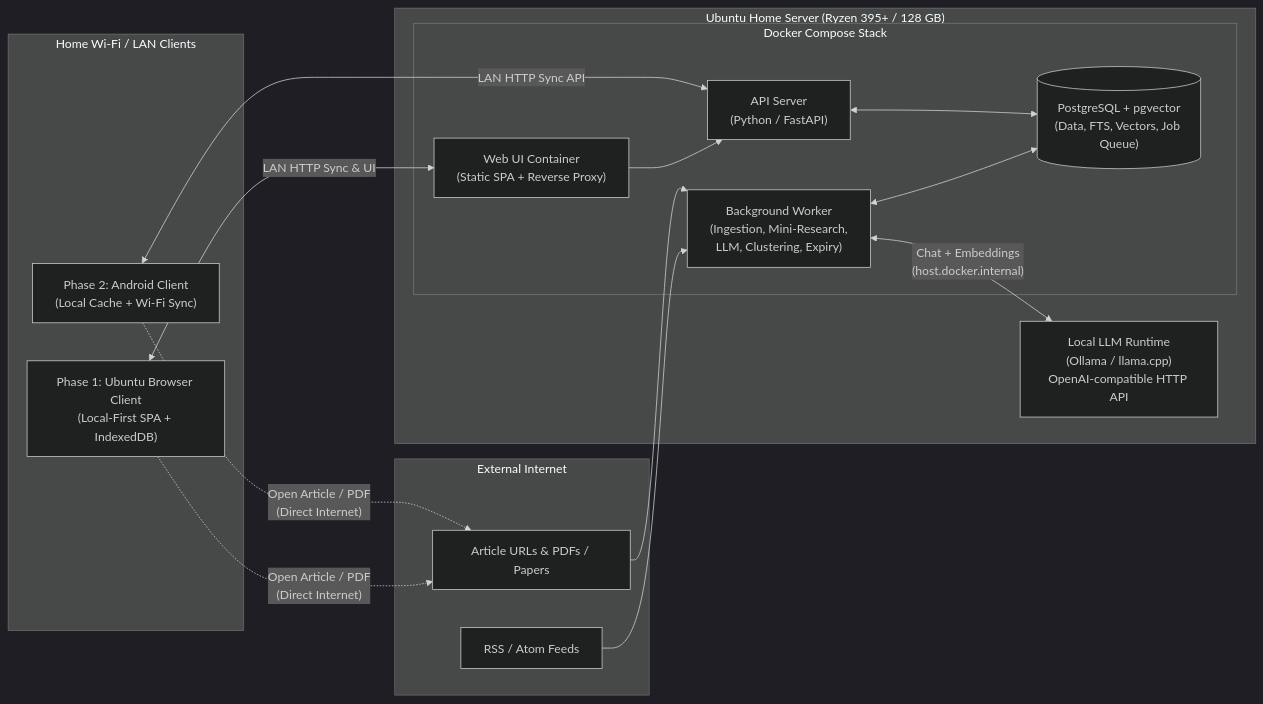
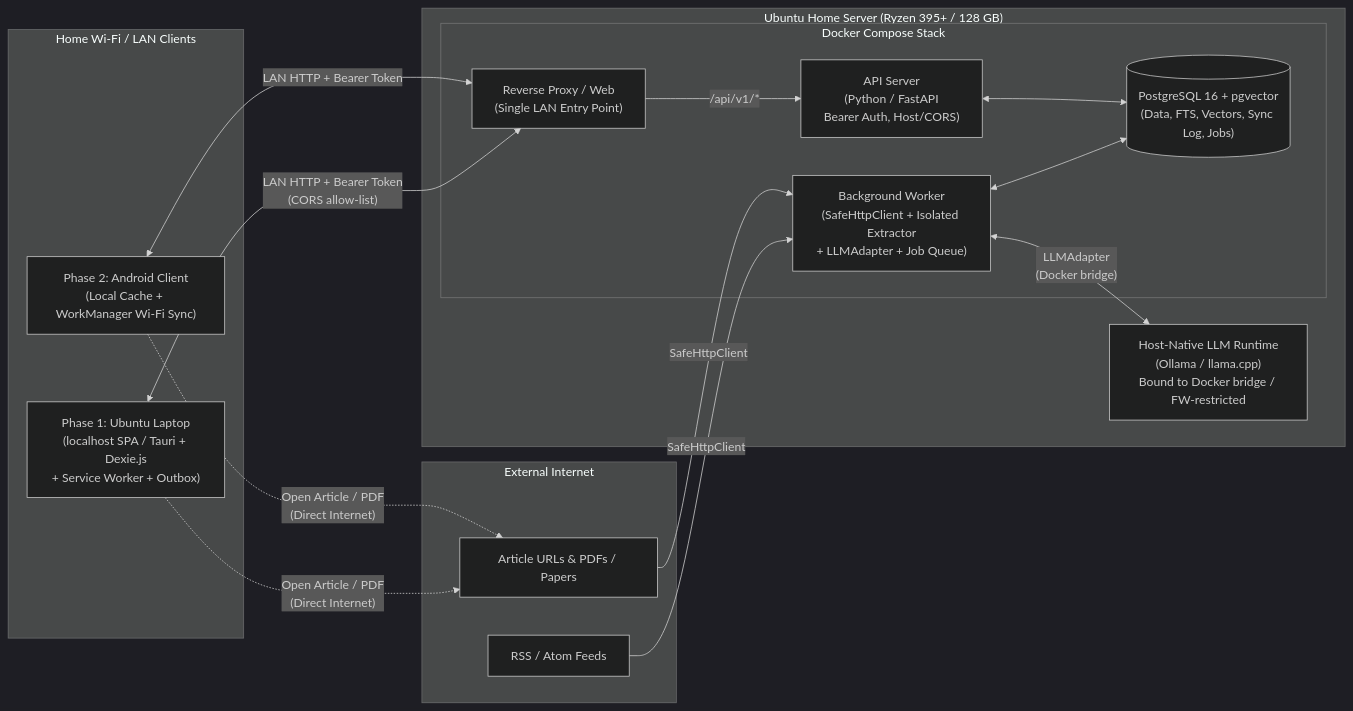
One commit to mvermeulen/smartrss changed the diagram in docs/architecture.md. Above: the diagram before and after it, drawn with Mermaid (dark theme). The commit also changed other lines of this file and 15 other files, not shown here.

````diff
--- a/docs/architecture.md
+++ b/docs/architecture.md
@@ -10,35 +10,35 @@
 ```mermaid
 flowchart LR
     subgraph Internet["External Internet"]
         Feeds["RSS / Atom Feeds"]
         WebPages["Article URLs & PDFs / Papers"]
     end
 
     subgraph Host["Ubuntu Home Server (Ryzen 395+ / 128 GB)"]
-        LLM["Local LLM Runtime\n(Ollama / llama.cpp)\nOpenAI-compatible HTTP API"]
+        LLM["Host-Native LLM Runtime\n(Ollama / llama.cpp)\nBound to Docker bridge / FW-restricted"]
 
         subgraph Docker["Docker Compose Stack"]
-            Web["Web UI Container\n(Static SPA + Reverse Proxy)"]
-            API["API Server\n(Python / FastAPI)"]
-            Worker["Background Worker\n(Ingestion, Mini-Research,\nLLM, Clustering, Expiry)"]
-            DB[("PostgreSQL + pgvector\n(Data, FTS, Vectors, Job Queue)")]
+            Proxy["Reverse Proxy / Web\n(Single LAN Entry Point)"]
+            API["API Server\n(Python / FastAPI\nBearer Auth, Host/CORS)"]
+            Worker["Background Worker\n(SafeHttpClient + Isolated Extractor\n+ LLMAdapter + Job Queue)"]
+            DB[("PostgreSQL 16 + pgvector\n(Data, FTS, Vectors, Sync Log, Jobs)")]
         end
     end
 
     subgraph LAN["Home Wi-Fi / LAN Clients"]
-        UbuntuClient["Phase 1: Ubuntu Browser Client\n(Local-First SPA + IndexedDB)"]
-        AndroidClient["Phase 2: Android Client\n(Local Cache + Wi-Fi Sync)"]
+        UbuntuClient["Phase 1: Ubuntu Laptop\n(localhost SPA / Tauri + Dexie.js\n+ Service Worker + Outbox)"]
+        AndroidClient["Phase 2: Android Client\n(Local Cache + WorkManager Wi-Fi Sync)"]
     end
 
-    Feeds --> Worker
-    WebPages --> Worker
-    Worker <-->|"Chat + Embeddings\n(host.docker.internal)"| LLM
+    Feeds -->|"SafeHttpClient"| Worker
+    WebPages -->|"SafeHttpClient"| Worker
+    Worker <-->|"LLMAdapter\n(Docker bridge)"| LLM
     Worker <--> DB
     API <--> DB
-    Web --> API
+    Proxy -->|"/api/v1/*"| API
 
-    UbuntuClient <-->|"LAN HTTP Sync & UI"| Web
-    AndroidClient <-->|"LAN HTTP Sync API"| API
+    UbuntuClient <-->|"LAN HTTP + Bearer Token\n(CORS allow-list)"| Proxy
+    AndroidClient <-->|"LAN HTTP + Bearer Token"| Proxy
     UbuntuClient -.->|"Open Article / PDF\n(Direct Internet)"| WebPages
     AndroidClient -.->|"Open Article / PDF\n(Direct Internet)"| WebPages
 ```
````
